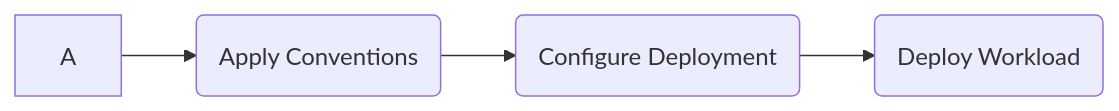
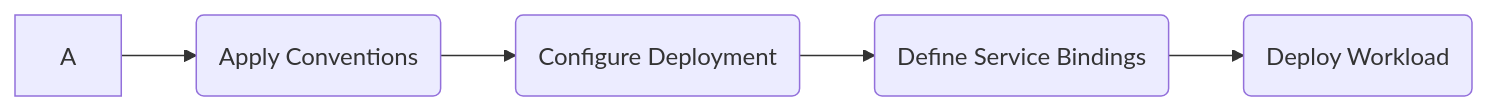
One commit to kadras-io/supply-chains changed the diagram in docs/supply-chains.md. Above: the diagram before and after it, drawn with Mermaid. The commit also changed other lines of this file and 9 other files, not shown here.

Commit message:
Extend supply chain with service bindings

````diff
--- a/docs/supply-chains.md
+++ b/docs/supply-chains.md
@@ -13,6 +14,7 @@
 ```mermaid
 flowchart LR;
     A-->B(Apply Conventions);
     B-->C(Configure Deployment);
-    C-->D(Deploy Workload);
+    C-->D(Define Service Bindings);
+    D-->E(Deploy Workload);
 ```
````
